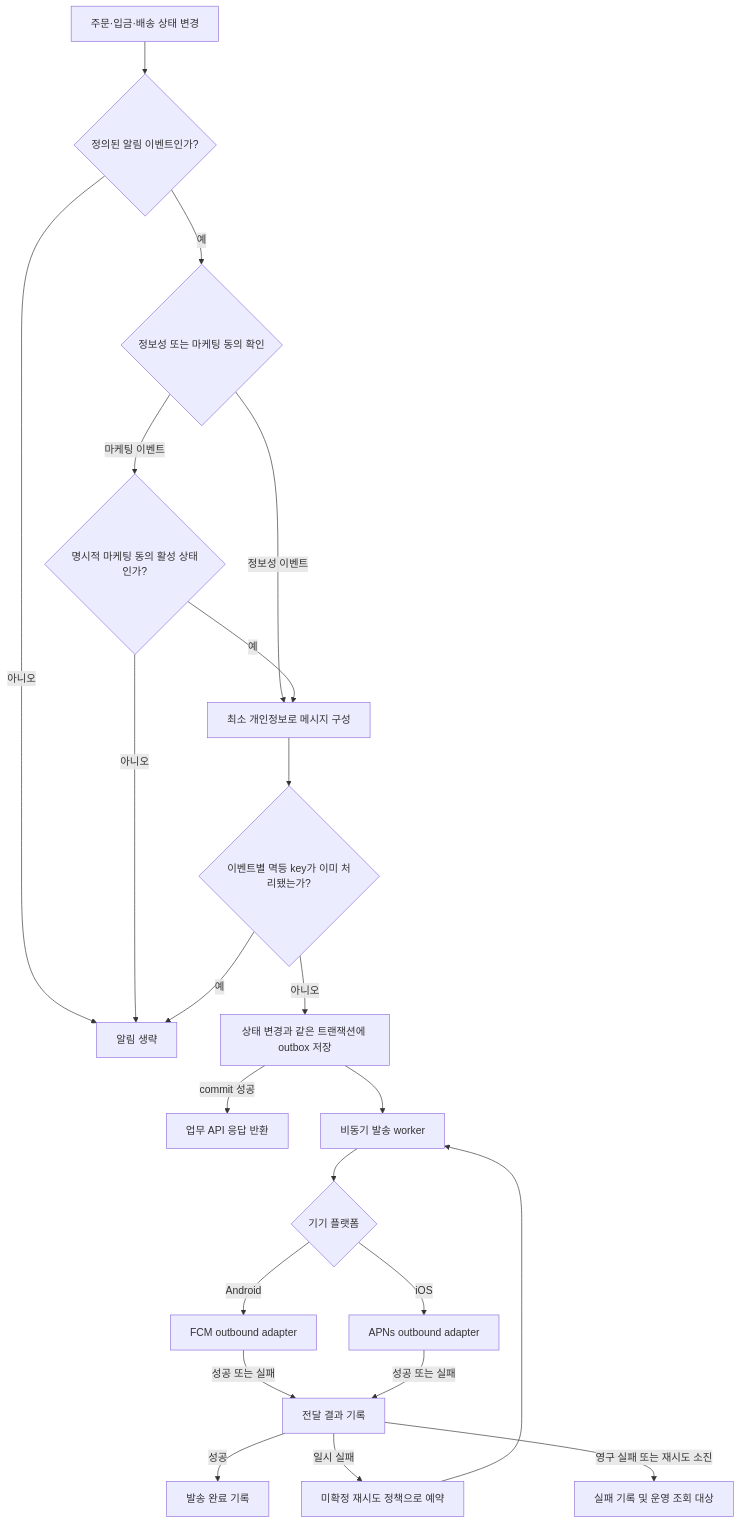
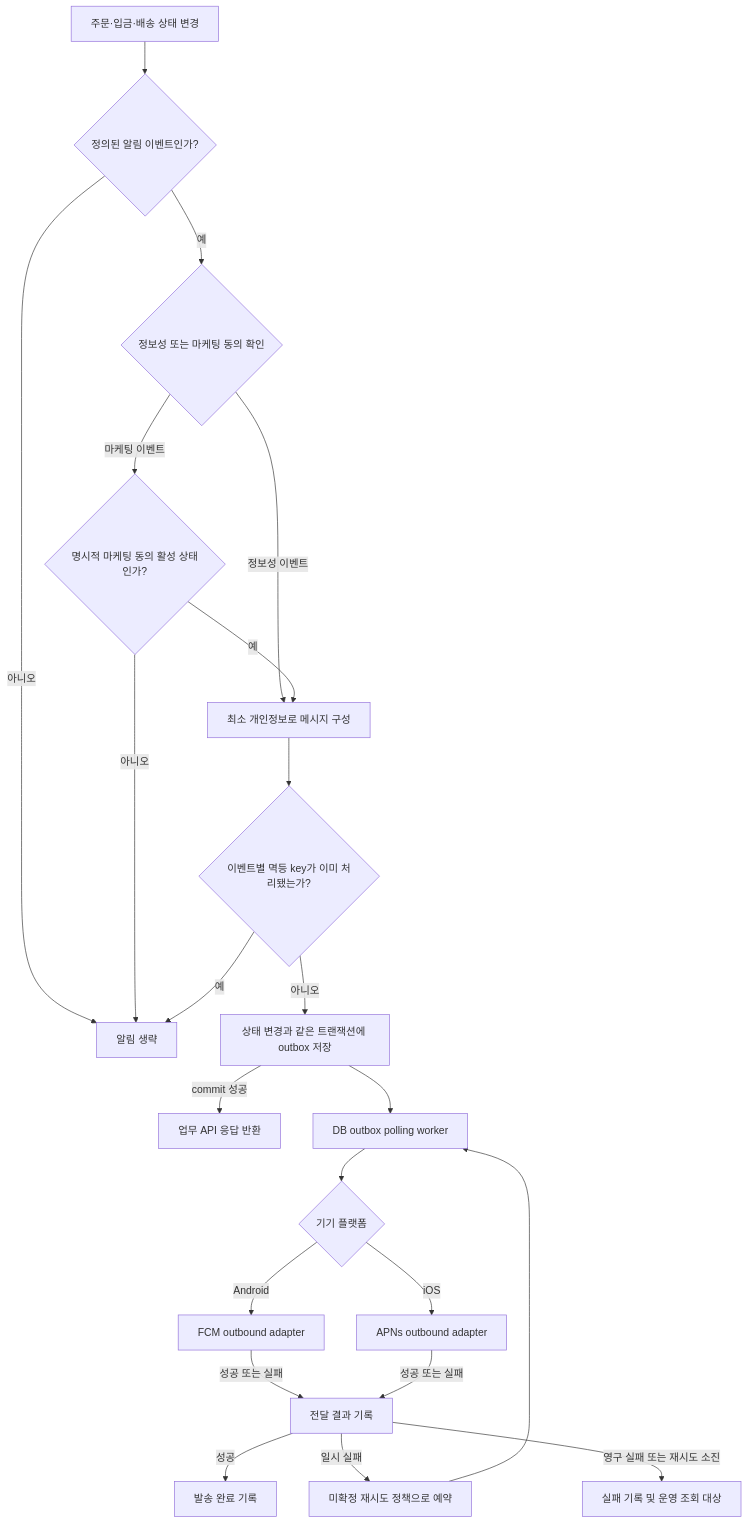
One commit to DongHyeonEom/umji-market-api changed the diagram in docs/services/notification.md. Above: the diagram before and after it, drawn with Mermaid. The commit also changed other lines of this file, not shown here.

````diff
--- a/docs/services/notification.md
+++ b/docs/services/notification.md
@@ -44,24 +45,24 @@
 ```mermaid
 flowchart TD
     Event["주문·입금·배송 상태 변경"] --> Eligible{"정의된 알림 이벤트인가?"}
     Eligible -->|아니오| Ignore["알림 생략"]
     Eligible -->|예| Consent{"정보성 또는 마케팅 동의 확인"}
     Consent -->|정보성 이벤트| Build["최소 개인정보로 메시지 구성"]
     Consent -->|마케팅 이벤트| Marketing{"명시적 마케팅 동의 활성 상태인가?"}
     Marketing -->|아니오| Ignore
     Marketing -->|예| Build
     Build --> Idempotency{"이벤트별 멱등 key가 이미 처리됐는가?"}
     Idempotency -->|예| Ignore
     Idempotency -->|아니오| Queue["상태 변경과 같은 트랜잭션에 outbox 저장"]
     Queue -->|commit 성공| Response["업무 API 응답 반환"]
-    Queue --> Worker["비동기 발송 worker"]
+    Queue --> Worker["DB outbox polling worker"]
     Worker --> Provider{"기기 플랫폼"}
     Provider -->|Android| FCM["FCM outbound adapter"]
     Provider -->|iOS| APNS["APNs outbound adapter"]
     FCM -->|성공 또는 실패| Result["전달 결과 기록"]
     APNS -->|성공 또는 실패| Result
     Result -->|성공| Sent["발송 완료 기록"]
     Result -->|일시 실패| Retry["미확정 재시도 정책으로 예약"]
     Retry --> Worker
     Result -->|영구 실패 또는 재시도 소진| Failed["실패 기록 및 운영 조회 대상"]
 ```
````
